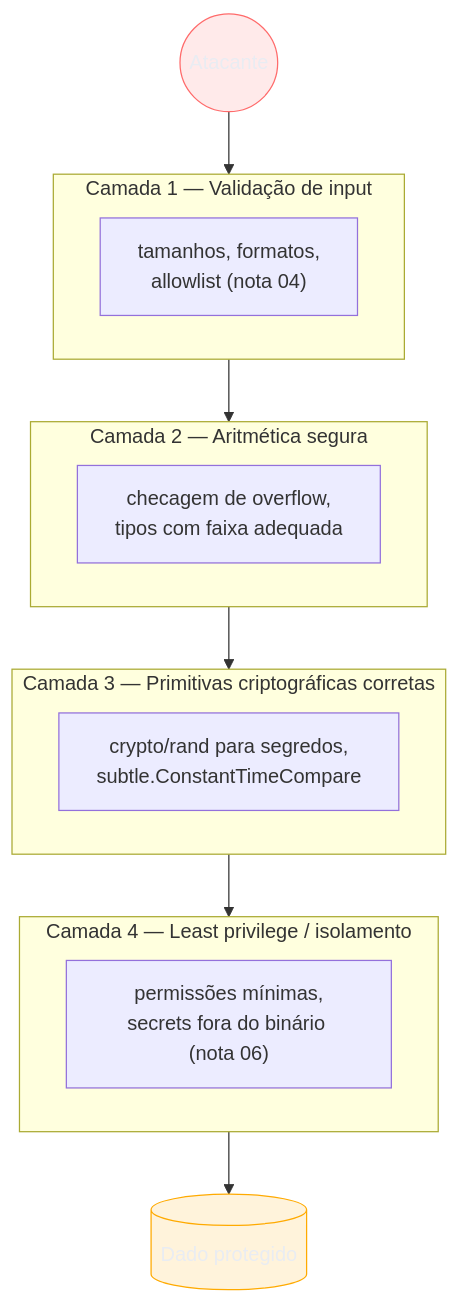
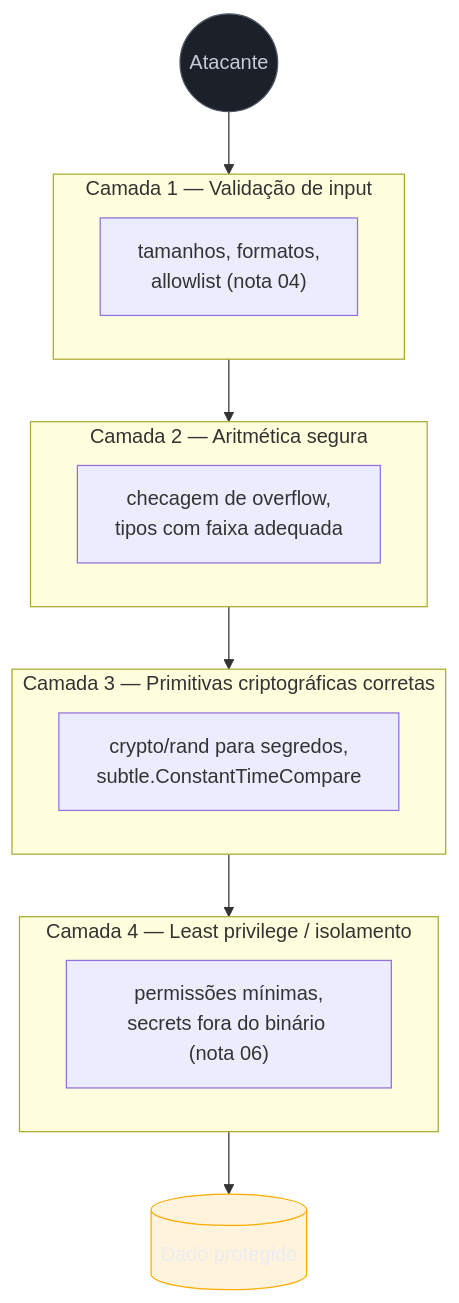
Before and after one commit to josenaldo/codex-technomanticus: the third of 3 diagrams in 03-Dominios/Tecnologia/Go/19 - Segurança/07 - Secure coding patterns.md, drawn with Mermaid. The commit also changed other lines of this file and 601 other files, not shown here.

````diff
--- a/03-Dominios/Tecnologia/Go/19 - Segurança/07 - Secure coding patterns.md
+++ b/03-Dominios/Tecnologia/Go/19 - Segurança/07 - Secure coding patterns.md
@@ -252,29 +253,29 @@
 ```mermaid
 flowchart TB
-    classDef falha fill:#FF6B6B24,stroke:#FF6B6B,color:#E9ECF2
+    classDef neutro fill:#1B2029,stroke:#4E5666,color:#C6CCD8
     classDef destaque fill:#FFAA0024,stroke:#FFAA00,color:#E9ECF2
     Atacante((Atacante)) --> L1
 
     subgraph L1["Camada 1 — Validação de input"]
         V1["tamanhos, formatos,\nallowlist (nota 04)"]
     end
     L1 --> L2
 
     subgraph L2["Camada 2 — Aritmética segura"]
         V2["checagem de overflow,\ntipos com faixa adequada"]
     end
     L2 --> L3
 
     subgraph L3["Camada 3 — Primitivas criptográficas corretas"]
         V3["crypto/rand para segredos,\nsubtle.ConstantTimeCompare"]
     end
     L3 --> L4
 
     subgraph L4["Camada 4 — Least privilege / isolamento"]
         V4["permissões mínimas,\nsecrets fora do binário (nota 06)"]
     end
     L4 --> Sistema[("Dado protegido")]
 
-    class Atacante falha
+    class Atacante neutro
     class Sistema destaque
 ```
````
